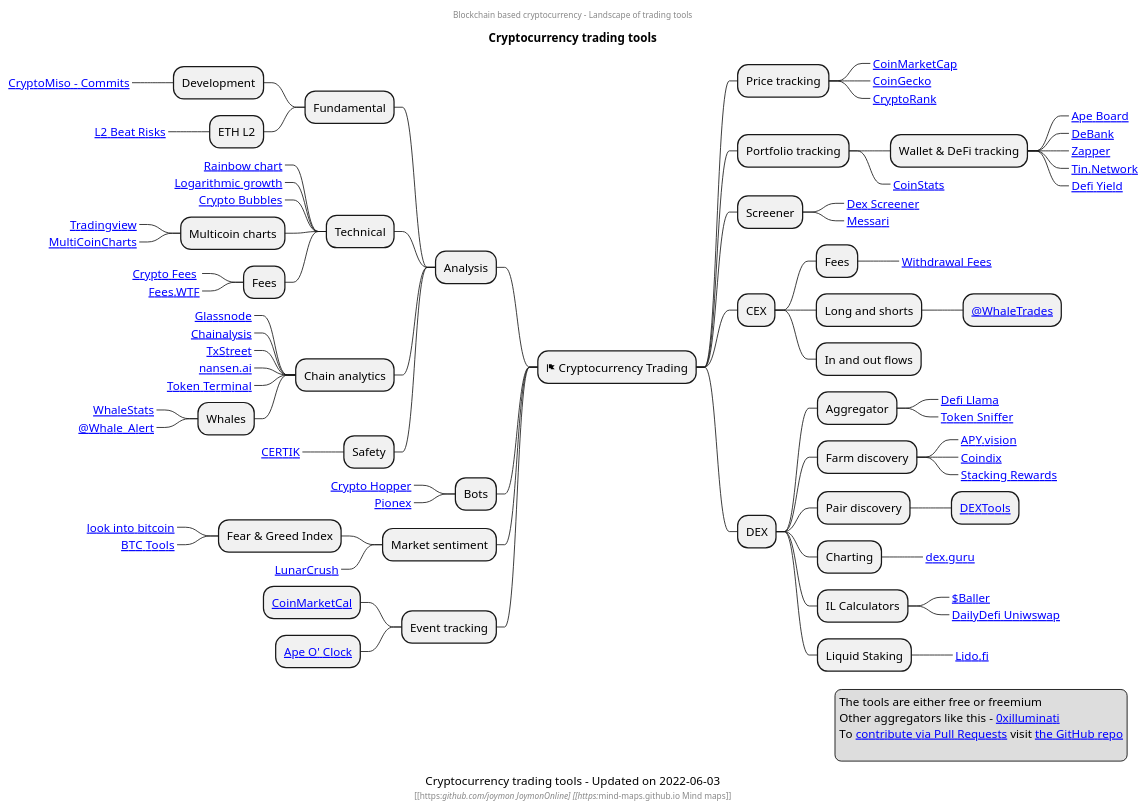
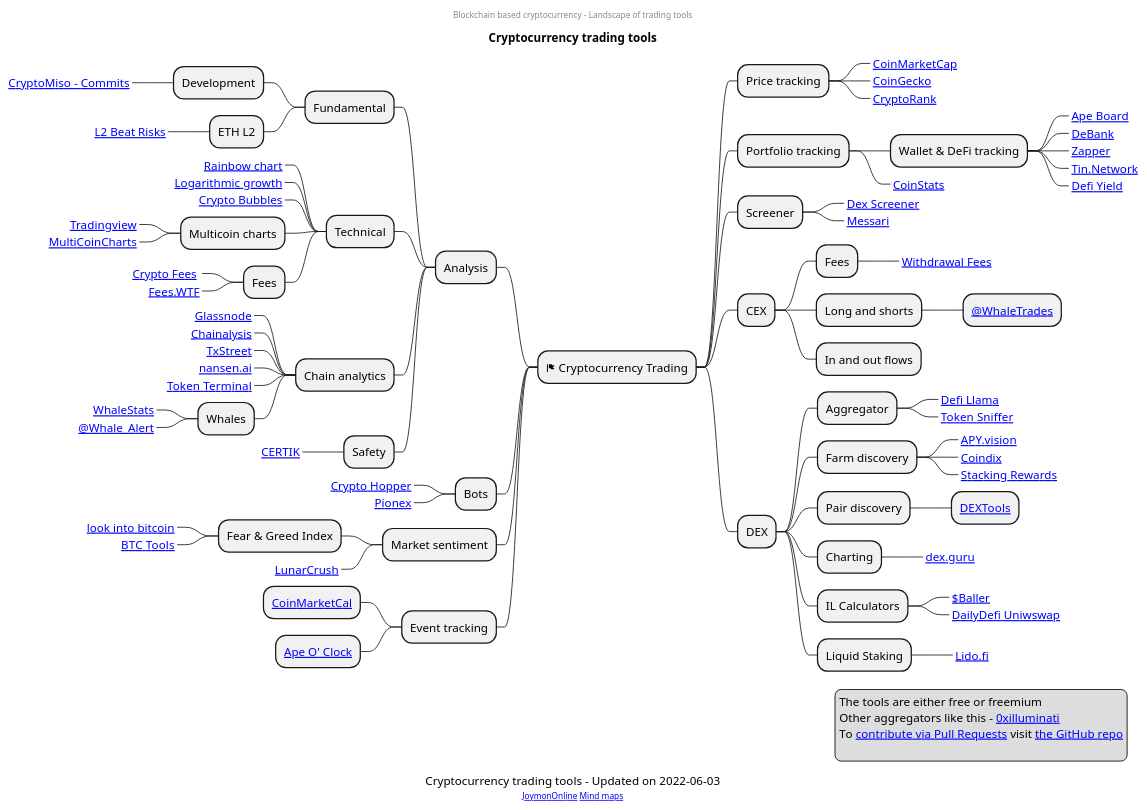
Before and after one commit to mind-maps/blockchain: the diagram in cryptocurrency/trading-tools.puml, drawn with PlantUML.

```diff
--- a/cryptocurrency/trading-tools.puml
+++ b/cryptocurrency/trading-tools.puml
@@ -1,103 +1,103 @@
 @startmindmap
 center header
 Blockchain based cryptocurrency - Landscape of trading tools
 endheader
 title Cryptocurrency trading tools
 * <&flag> Cryptocurrency Trading
 ** Price tracking
 ***_ [[https://coinmarketcap.com/ CoinMarketCap]]
 ***_ [[https://www.coingecko.com/ CoinGecko]]
 ***_ [[https://cryptorank.io/trending CryptoRank]]
 
 ** Portfolio tracking
 *** Wallet & DeFi tracking
 ****_ [[https://apeboard.finance Ape Board]]
 ****_ [[https://debank.com/ DeBank]]
 ****_ [[https://zapper.fi/ Zapper]]
 ****_ [[https://tin.network/ Tin.Network]]
 ****_ [[https://defiyield.app/dashboard Defi Yield]]
 ***_ [[https://coinstats.app CoinStats]]
 /' ** Visualizers, Charting
 ***_ [[https://l2beat.com/ L2 Beat]]
 '/
 ** Screener
 ***_ [[https://dexscreener.com Dex Screener]]
 ***_ [[https://messari.io/screener Messari]]
 ** CEX
 *** Fees
 ****_ [[https://withdrawalfees.com/ Withdrawal Fees]]
 *** Long and shorts
 **** [[https://twitter.com/WhaleTrades @WhaleTrades]]
 *** In and out flows
 ** DEX
 *** Aggregator
 ****_ [[https://defillama.com/ Defi Llama]]
 ****_ [[https://tokensniffer.com/ Token Sniffer]]
 *** Farm discovery
 ****_ [[https://app.apy.vision APY.vision]]
 ****_ [[https://coindix.com/ Coindix]]
 ****_ [[https://stakingrewards.com Stacking Rewards]]
 *** Pair discovery
 **** [[https://dextools.io DEXTools]]
 *** Charting
 ****_ [[ https://dex.guru/ dex.guru]]
 *** IL Calculators
 ****_ [[https://baller.netlify.app/ $Baller]]
 ****_ [[https://dailydefi.org/tools/impermanent-loss-calculator/ DailyDefi Uniwswap]]
 *** Liquid Staking
 ****_ [[https://lido.fi/ Lido.fi]]
 Left Side
 
 ** Analysis
 ***  Fundamental
 **** Development
 *****_ [[https://www.cryptomiso.com/months_3.html CryptoMiso - Commits]]
 **** ETH L2
 *****_ [[https://l2beat.com/?view=risk L2 Beat Risks]]
 *** Technical
 ****_ [[https://www.blockchaincenter.net/en/bitcoin-rainbow-chart/ Rainbow chart]]
 ****_ [[https://www.lookintobitcoin.com/charts/bitcoin-logarithmic-growth-curve/ Logarithmic growth]]
 ****_ [[https://cryptobubbles.net/ Crypto Bubbles]]
 **** Multicoin charts
 *****_ [[https://www.tradingview.com/ Tradingview]]
 *****_ [[https://www.multicoincharts.com/ MultiCoinCharts]]
 **** Fees
 *****_ [[https://cryptofees.info/ Crypto Fees ]]
 *****_ [[https://fees.wtf/#/ Fees.WTF]]
 *** Chain analytics
 ****_ [[https://studio.glassnode.com Glassnode]]
 ****_ [[https://markets.chainalysis.com Chainalysis]]
 ****_ [[https://txstreet.com/ TxStreet]]
 ****_ [[https://www.nansen.ai/ nansen.ai]]
 ****_ [[https://tokenterminal.com/ Token Terminal]]
 **** Whales
 *****_ [[https://www.whalestats.com/analysis-of-the-top-100-eth-wallets WhaleStats]]
 *****_ [[https://twitter.com/whale_alert @Whale_Alert]]
 *** Safety
 ****_ [[https://www.certik.com/ CERTIK]]
 /' ** APIs
 *** Chain
 ****_ [[https://nownodes.io/pricing NowNodes]]
 '/
 ** Bots
 ***_ [[https://www.cryptohopper.com/ Crypto Hopper]]
 ***_ [[https://www.pionex.com/ Pionex]]
 ** Market sentiment
 *** Fear & Greed Index
 ****_ [[https://www.lookintobitcoin.com/charts/bitcoin-fear-and-greed-index/ look into bitcoin]]
 ****_ [[https://btctools.io/stats/crypto-fear-and-greed-index BTC Tools]]
 ***_ [[https://lunarcrush.com/markets LunarCrush]]
 ** Event tracking
 *** [[https://coinmarketcal.com CoinMarketCal]]
 *** [[https://apeoclock.com Ape O' Clock]]
 
 legend right
 The tools are either free or freemium
 Other aggregators like this - [[https://0xilluminati.com/1f3a72793fc64eaca86f19a655610d94 0xilluminati]]
 To [[https://docs.github.com/en/get-started/quickstart/contributing-to-projects contribute via Pull Requests]] visit [[https://github.com/mind-maps/blockchain the GitHub repo]]
 
 endlegend
 caption  Cryptocurrency trading tools - Updated on 2022-06-03
-center footer [[https://github.com/joymon JoymonOnline] [[https://mind-maps.github.io Mind maps]] 
+center footer [[https://github.com/joymon JoymonOnline]] [[https://mind-maps.github.io Mind maps]] 
 
 @endmindmap
```
